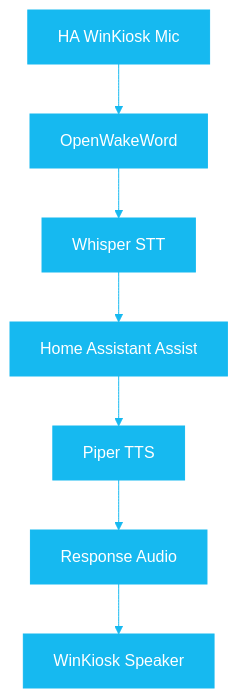
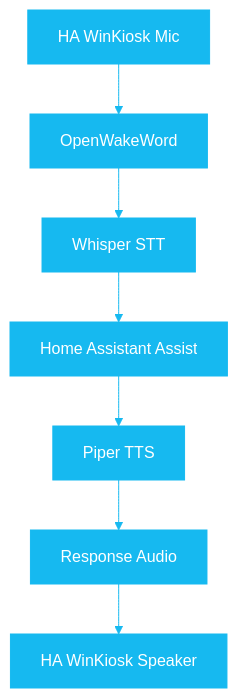
One commit to kattcrazy/HA-WinKiosk changed the diagram in README.md. Above: the diagram before and after it, drawn with Mermaid. The commit also changed other lines of this file, not shown here.

First line of the commit message:
HaWinKiosk: readme changes

````diff
--- a/README.md
+++ b/README.md
@@ -59,10 +62,10 @@
 ```mermaid
 %%{init: {'theme':'base', 'themeVariables': { 'primaryColor':'#16B9F0', 'primaryTextColor':'#ffffff', 'primaryBorderColor':'#16B9F0', 'lineColor':'#16B9F0', 'secondaryColor':'#B9E9FF', 'tertiaryColor':'#E8F7FD'}}}%%
 flowchart TD
     A[HA WinKiosk Mic] --> B[OpenWakeWord]
     B --> C[Whisper STT]
     C --> D[Home Assistant Assist]
     D --> E[Piper TTS]
     E --> F[Response Audio]
-    F --> G[WinKiosk Speaker]
+    F --> G[HA WinKiosk Speaker]
 ```
````
